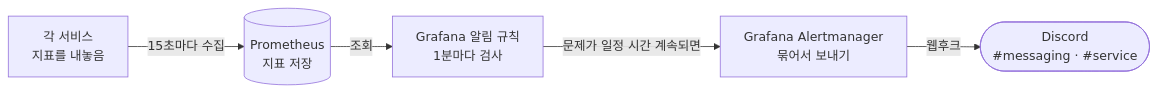
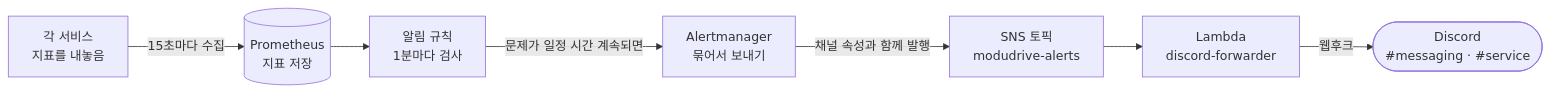
The diagram in .docs/spec/007-discord-alert-spec.md (rivertw777/ModuDrive-API), drawn with Mermaid before and after one commit. The commit also changed other lines of this file and 16 other files, not shown here.

First line of the commit message:
feat: route local alerts through sns and lambda

````diff
--- a/.docs/spec/007-discord-alert-spec.md
+++ b/.docs/spec/007-discord-alert-spec.md
@@ -36,13 +37,17 @@
 ```mermaid
 flowchart LR
     M["각 서비스<br/>지표를 내놓음"]
     P[("Prometheus<br/>지표 저장")]
-    R["Grafana 알림 규칙<br/>1분마다 검사"]
-    A["Grafana Alertmanager<br/>묶어서 보내기"]
+    R["알림 규칙<br/>1분마다 검사"]
+    A["Alertmanager<br/>묶어서 보내기"]
+    S["SNS 토픽<br/>modudrive-alerts"]
+    L["Lambda<br/>discord-forwarder"]
     D(["Discord<br/>#messaging · #service"])
 
     M -- "15초마다 수집" --> P
-    P -- "조회" --> R
+    P --> R
     R -- "문제가 일정 시간 계속되면" --> A
-    A -- "웹후크" --> D
+    A -- "채널 속성과 함께 발행" --> S
+    S --> L
+    L -- "웹후크" --> D
 ```
````
